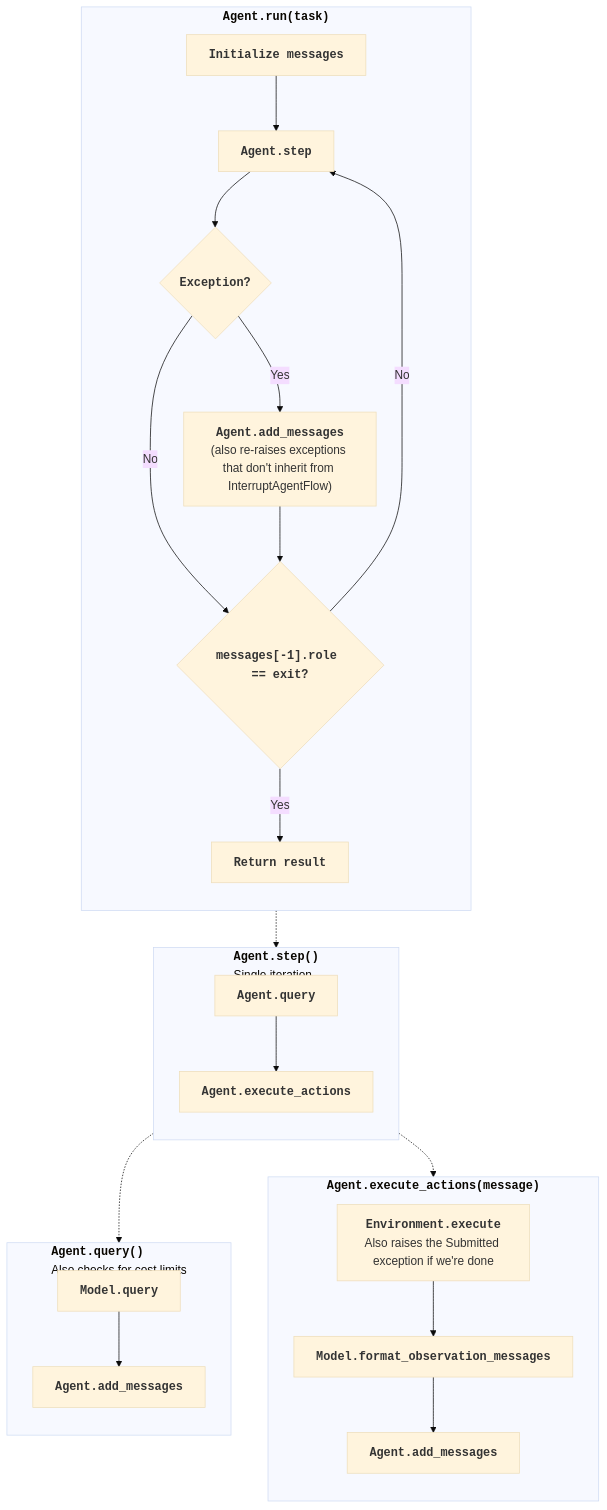
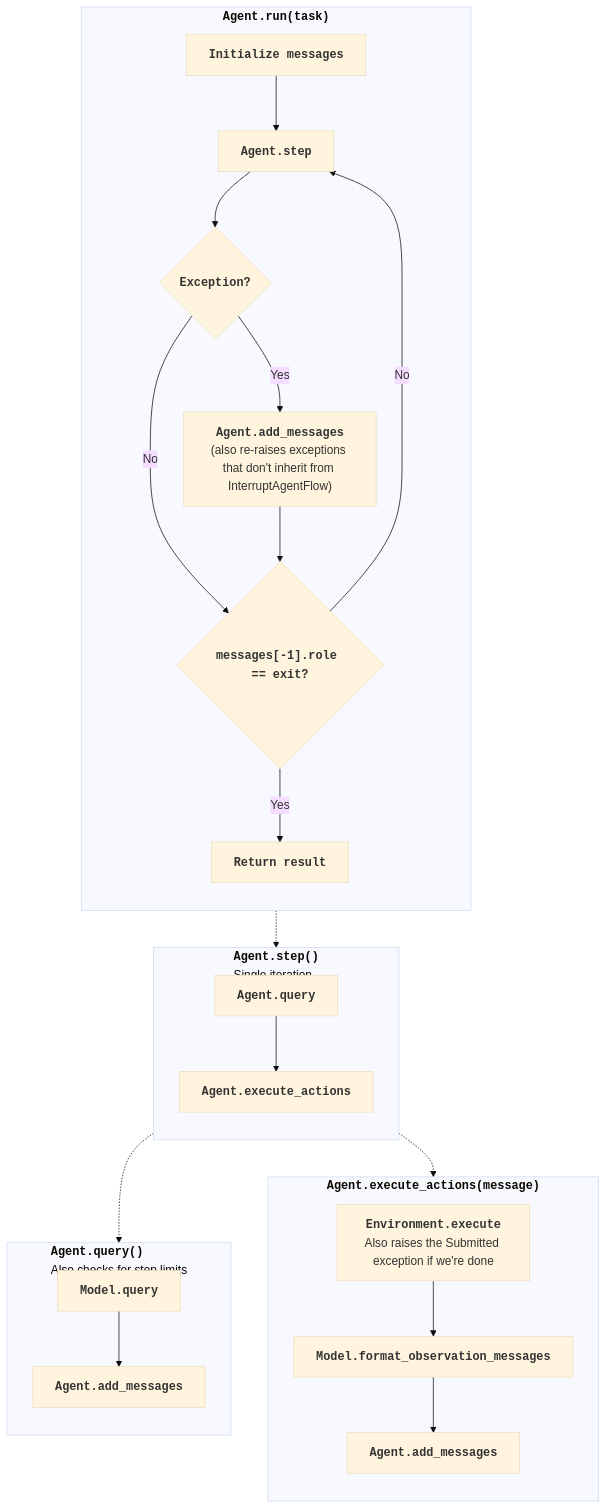
The diagram in docs/advanced/control_flow.md (zxrmt/mini-swe), drawn with Mermaid (base theme) before and after one commit. The commit also changed other lines of this file and 18 other files, not shown here.

````diff
--- a/docs/advanced/control_flow.md
+++ b/docs/advanced/control_flow.md
@@ -14,33 +14,33 @@
 ```mermaid
 flowchart TD
     subgraph run["<b><code>Agent.run(task)</code></b>"]
         direction TB
         A["<b><code>Initialize messages</code></b>"] --> B
         B["<b><code>Agent.step</code></b>"] --> C{"<b><code>Exception?</code></b>"}
         C -->|Yes| D["<b><code>Agent.add_messages</code></b><br/>(also re-raises exceptions that don't inherit from InterruptAgentFlow)"]
         C -->|No| E{"<b><code>messages[-1].role == exit?</code></b>"}
         D --> E
         E -->|No| B
         E -->|Yes| F["<b><code>Return result</code></b>"]
     end
 
     subgraph step["<b><code>Agent.step()</code></b><br>Single iteration</br>"]
         direction TB
         S1["<b><code>Agent.query</code></b>"] --> S2["<b><code>Agent.execute_actions</code></b>"]
     end
 
-    subgraph query["<b><code>Agent.query()</code></b><br>Also checks for cost limits</br><br></br>"]
+    subgraph query["<b><code>Agent.query()</code></b><br>Also checks for step limits</br><br></br>"]
         direction TB
         Q3["<b><code>Model.query</code></b>"] --> Q4["<b><code>Agent.add_messages</code></b>"]
     end
 
     subgraph execute_actions["<b><code>Agent.execute_actions(message)</code></b>"]
         direction TB
         E2["<b><code>Environment.execute</code></b><br/>Also raises the Submitted exception if we're done"] --> E3["<b><code>Model.format_observation_messages</code></b>"]
         E3 --> E4["<b><code>Agent.add_messages</code></b>"]
     end
 
     B -.-> step
     S1 -.-> query
     S2 -.-> execute_actions
 ```
````
